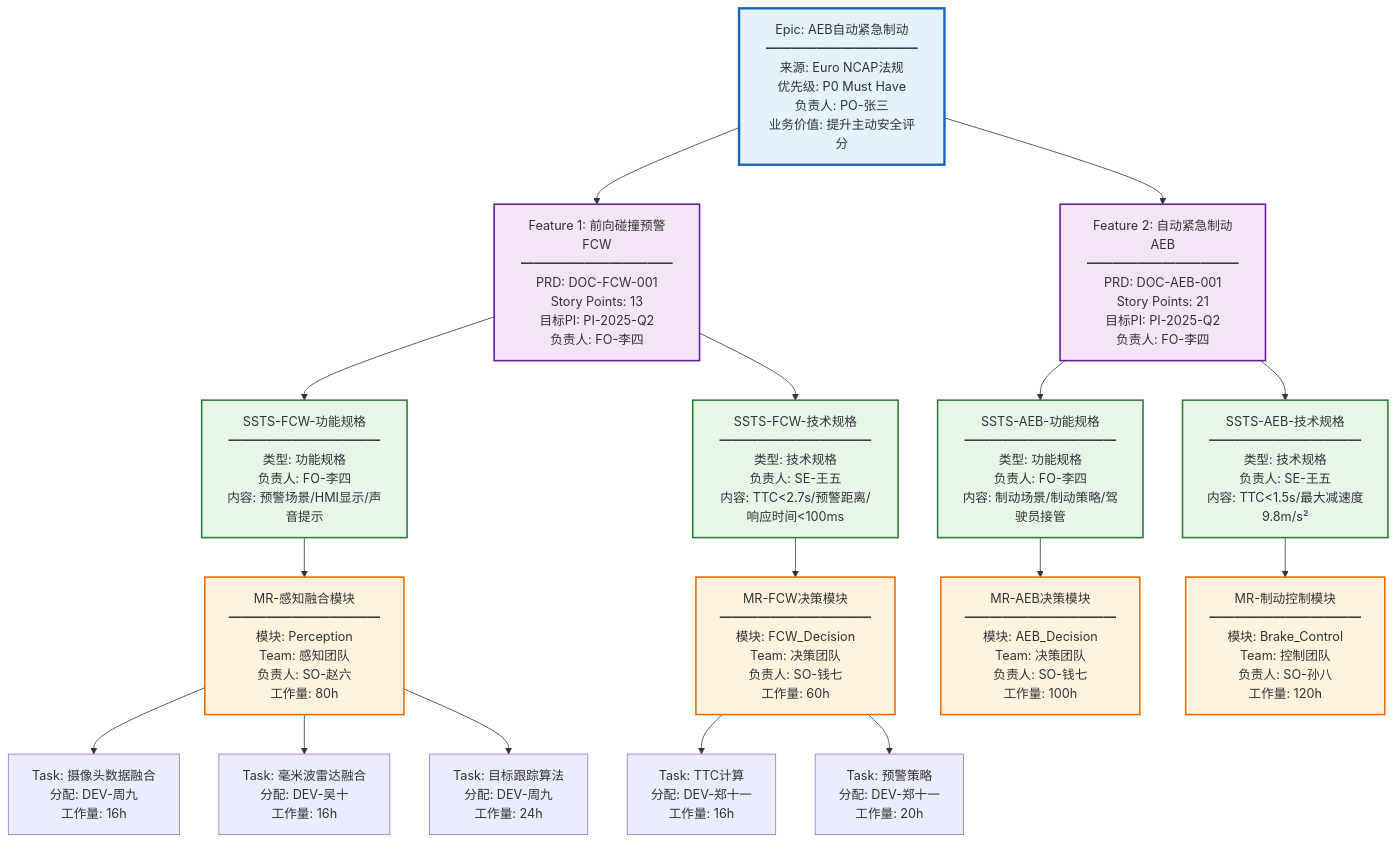
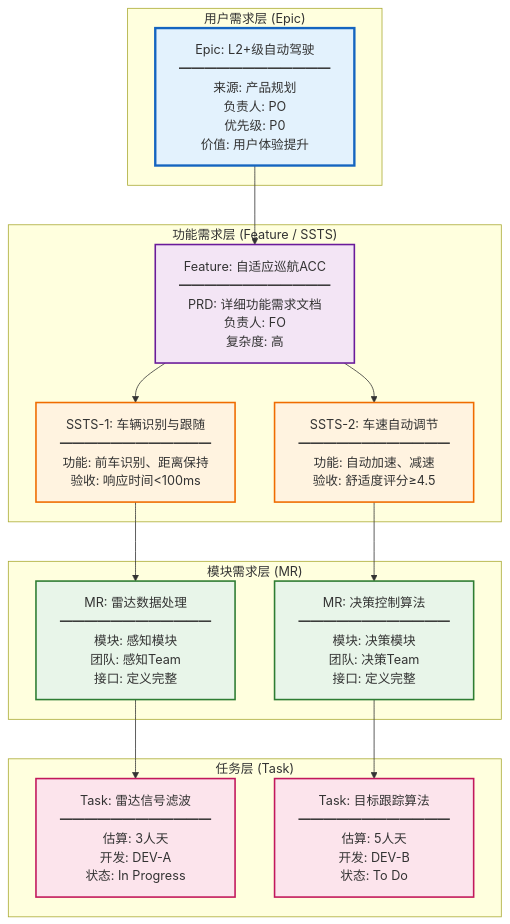
Before and after one commit to zjx-immersion/auto-rd-platform-prototype: diagram 12 of 30 in platform-design/AUTO_RD_PLATFORM_DESIGN_MERMAID.md, drawn with Mermaid. The commit also changed other lines of this file, not shown here.

````diff
--- a/platform-design/AUTO_RD_PLATFORM_DESIGN_MERMAID.md
+++ b/platform-design/AUTO_RD_PLATFORM_DESIGN_MERMAID.md
@@ -656,43 +461,43 @@
 ```mermaid
 graph TB
-    Epic1[Epic: AEB自动紧急制动<br/>━━━━━━━━━━━━<br/>来源: Euro NCAP法规<br/>优先级: P0 Must Have<br/>负责人: PO-张三<br/>业务价值: 提升主动安全评分]
+    subgraph Epic层["用户需求层 (Epic)"]
+        Epic1[Epic: L2+级自动驾驶<br/>━━━━━━━━━━━━<br/>来源: 产品规划<br/>负责人: PO<br/>优先级: P0<br/>价值: 用户体验提升]
+    end
 
-    Epic1 --> F1[Feature 1: 前向碰撞预警FCW<br/>━━━━━━━━━━━━<br/>PRD: DOC-FCW-001<br/>Story Points: 13<br/>目标PI: PI-2025-Q2<br/>负责人: FO-李四]
+    subgraph Feature层["功能需求层 (Feature / SSTS)"]
+        Feature1[Feature: 自适应巡航ACC<br/>━━━━━━━━━━━━<br/>PRD: 详细功能需求文档<br/>负责人: FO<br/>复杂度: 高]
+        
+        SSTS1[SSTS-1: 车辆识别与跟随<br/>━━━━━━━━━━━━<br/>功能: 前车识别、距离保持<br/>验收: 响应时间<100ms]
+        
+        SSTS2[SSTS-2: 车速自动调节<br/>━━━━━━━━━━━━<br/>功能: 自动加速、减速<br/>验收: 舒适度评分≥4.5]
+    end
 
-    Epic1 --> F2[Feature 2: 自动紧急制动AEB<br/>━━━━━━━━━━━━<br/>PRD: DOC-AEB-001<br/>Story Points: 21<br/>目标PI: PI-2025-Q2<br/>负责人: FO-李四]
+    subgraph Module层["模块需求层 (MR)"]
+        MR1[MR: 雷达数据处理<br/>━━━━━━━━━━━━<br/>模块: 感知模块<br/>团队: 感知Team<br/>接口: 定义完整]
+        
+        MR2[MR: 决策控制算法<br/>━━━━━━━━━━━━<br/>模块: 决策模块<br/>团队: 决策Team<br/>接口: 定义完整]
+    end
 
-    F1 --> SSTS1[SSTS-FCW-功能规格<br/>━━━━━━━━━━━━<br/>类型: 功能规格<br/>负责人: FO-李四<br/>内容: 预警场景/HMI显示/声音提示]
+    subgraph Task层["任务层 (Task)"]
+        Task1[Task: 雷达信号滤波<br/>━━━━━━━━━━━━<br/>估算: 3人天<br/>开发: DEV-A<br/>状态: In Progress]
+        
+        Task2[Task: 目标跟踪算法<br/>━━━━━━━━━━━━<br/>估算: 5人天<br/>开发: DEV-B<br/>状态: To Do]
+    end
 
-    F1 --> SSTS2[SSTS-FCW-技术规格<br/>━━━━━━━━━━━━<br/>类型: 技术规格<br/>负责人: SE-王五<br/>内容: TTC<2.7s/预警距离/响应时间<100ms]
-
-    F2 --> SSTS3[SSTS-AEB-功能规格<br/>━━━━━━━━━━━━<br/>类型: 功能规格<br/>负责人: FO-李四<br/>内容: 制动场景/制动策略/驾驶员接管]
-
-    F2 --> SSTS4[SSTS-AEB-技术规格<br/>━━━━━━━━━━━━<br/>类型: 技术规格<br/>负责人: SE-王五<br/>内容: TTC<1.5s/最大减速度9.8m/s²]
-
-    SSTS1 --> MR1[MR-感知融合模块<br/>━━━━━━━━━━━━<br/>模块: Perception<br/>Team: 感知团队<br/>负责人: SO-赵六<br/>工作量: 80h]
-
-    SSTS2 --> MR2[MR-FCW决策模块<br/>━━━━━━━━━━━━<br/>模块: FCW_Decision<br/>Team: 决策团队<br/>负责人: SO-钱七<br/>工作量: 60h]
-
-    SSTS3 --> MR3[MR-AEB决策模块<br/>━━━━━━━━━━━━<br/>模块: AEB_Decision<br/>Team: 决策团队<br/>负责人: SO-钱七<br/>工作量: 100h]
-
-    SSTS4 --> MR4[MR-制动控制模块<br/>━━━━━━━━━━━━<br/>模块: Brake_Control<br/>Team: 控制团队<br/>负责人: SO-孙八<br/>工作量: 120h]
-
-    MR1 --> T1[Task: 摄像头数据融合<br/>分配: DEV-周九<br/>工作量: 16h]
-    MR1 --> T2[Task: 毫米波雷达融合<br/>分配: DEV-吴十<br/>工作量: 16h]
-    MR1 --> T3[Task: 目标跟踪算法<br/>分配: DEV-周九<br/>工作量: 24h]
-
-    MR2 --> T4[Task: TTC计算<br/>分配: DEV-郑十一<br/>工作量: 16h]
-    MR2 --> T5[Task: 预警策略<br/>分配: DEV-郑十一<br/>工作量: 20h]
+    Epic1 --> Feature1
+    Feature1 --> SSTS1
+    Feature1 --> SSTS2
+    SSTS1 --> MR1
+    SSTS2 --> MR2
+    MR1 --> Task1
+    MR2 --> Task2
 
     style Epic1 fill:#e3f2fd,stroke:#1565c0,stroke-width:3px
-    style F1 fill:#f3e5f5,stroke:#6a1b9a,stroke-width:2px
-    style F2 fill:#f3e5f5,stroke:#6a1b9a,stroke-width:2px
-    style SSTS1 fill:#e8f5e9,stroke:#2e7d32,stroke-width:2px
-    style SSTS2 fill:#e8f5e9,stroke:#2e7d32,stroke-width:2px
-    style SSTS3 fill:#e8f5e9,stroke:#2e7d32,stroke-width:2px
-    style SSTS4 fill:#e8f5e9,stroke:#2e7d32,stroke-width:2px
-    style MR1 fill:#fff3e0,stroke:#ef6c00,stroke-width:2px
-    style MR2 fill:#fff3e0,stroke:#ef6c00,stroke-width:2px
-    style MR3 fill:#fff3e0,stroke:#ef6c00,stroke-width:2px
-    style MR4 fill:#fff3e0,stroke:#ef6c00,stroke-width:2px
+    style Feature1 fill:#f3e5f5,stroke:#6a1b9a,stroke-width:2px
+    style SSTS1 fill:#fff3e0,stroke:#ef6c00,stroke-width:2px
+    style SSTS2 fill:#fff3e0,stroke:#ef6c00,stroke-width:2px
+    style MR1 fill:#e8f5e9,stroke:#2e7d32,stroke-width:2px
+    style MR2 fill:#e8f5e9,stroke:#2e7d32,stroke-width:2px
+    style Task1 fill:#fce4ec,stroke:#c2185b,stroke-width:2px
+    style Task2 fill:#fce4ec,stroke:#c2185b,stroke-width:2px
 ```
````
